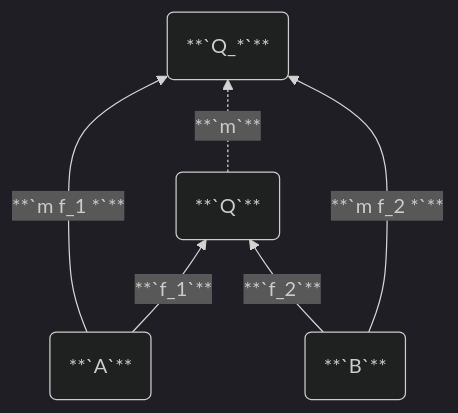
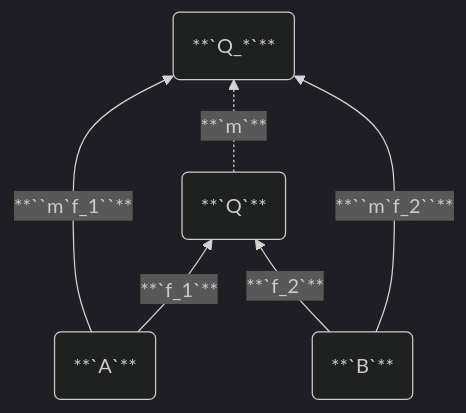
The second of 2 diagrams in notes/category.md (Bricktech2000/Notes), drawn with Mermaid (dark theme) before and after one commit. The commit also changed other lines of this file and 309 other files, not shown here.

````diff
--- a/notes/category.md
+++ b/notes/category.md
@@ -219,14 +223,14 @@
 ```mermaid
 graph BT
   A(**`A`**)
   B(**`B`**)
   Q(**`Q`**)
   Q_(**`Q_*`**)
 
-  A -- **`f_1`** --> Q
-  B -- **`f_2`** --> Q
+  A --**`f_1`**--> Q
+  B --**`f_2`**--> Q
 
-  A -- **`m f_1 *`** --> Q_
-  Q -. **`m`** .-> Q_
-  B -- **`m f_2 *`** --> Q_
+  A --**``m`f_1``**--> Q_
+  Q -.**`m`**.-> Q_
+  B --**``m`f_2``**--> Q_
 ```
````
